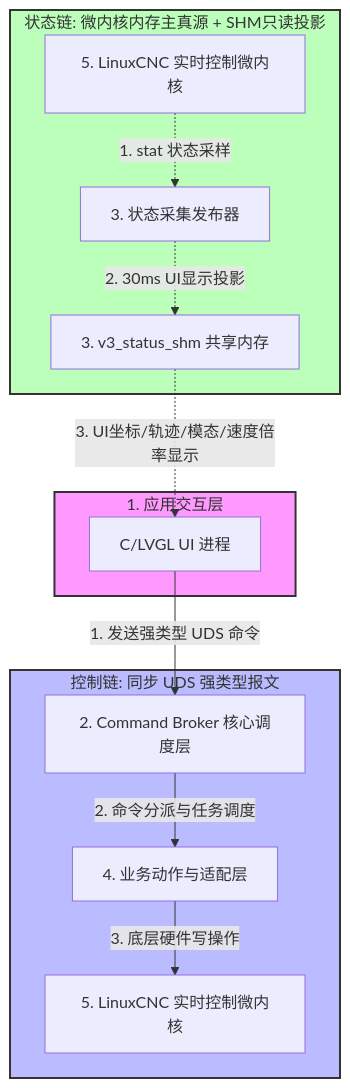
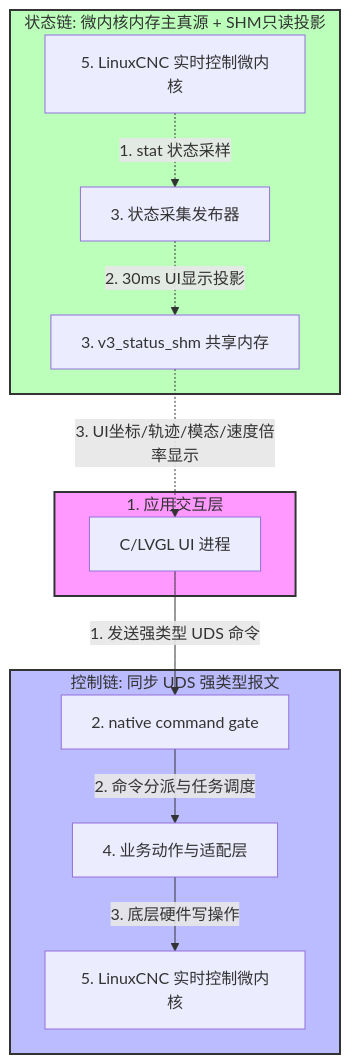
One commit to gdsj2001/v5 changed the diagram in 系统代码架构硬边界守则.md. Above: the diagram before and after it, drawn with Mermaid. The commit also changed other lines of this file and 22 other files, not shown here.

````diff
--- a/系统代码架构硬边界守则.md
+++ b/系统代码架构硬边界守则.md
@@ -124,34 +124,34 @@
 ```mermaid
 graph TD
     %% 交互层
     subgraph UI_Layer [1. 应用交互层]
         UI[C/LVGL UI 进程]
     end
 
     %% 控制链
     subgraph Control_Chain [控制链: 同步 UDS 强类型报文]
-        Broker[2. Command Broker 核心调度层]
+        Broker[2. native command gate]
         Actions[4. 业务动作与适配层]
         LCNC_Cmd[5. LinuxCNC 实时控制微内核]
 
         UI -->|1. 发送强类型 UDS 命令| Broker
         Broker -->|2. 命令分派与任务调度| Actions
         Actions -->|3. 底层硬件写操作| LCNC_Cmd
     end
 
     %% 状态链
     subgraph State_Chain [状态链: 微内核内存主真源 + SHM只读投影]
         LCNC_Stat[5. LinuxCNC 实时控制微内核]
         Publisher[3. 状态采集发布器]
         SHM[3. v3_status_shm 共享内存]
 
         LCNC_Stat -.->|1. stat 状态采样| Publisher
         Publisher -.->|2. 30ms UI显示投影| SHM
         SHM -.->|3. UI坐标/轨迹/模态/速度倍率显示| UI
     end
 
     %% 样式微调
     style UI_Layer fill:#f9f,stroke:#333,stroke-width:2px
     style Control_Chain fill:#bbf,stroke:#333,stroke-width:2px
     style State_Chain fill:#bfb,stroke:#333,stroke-width:2px
 ```
````
